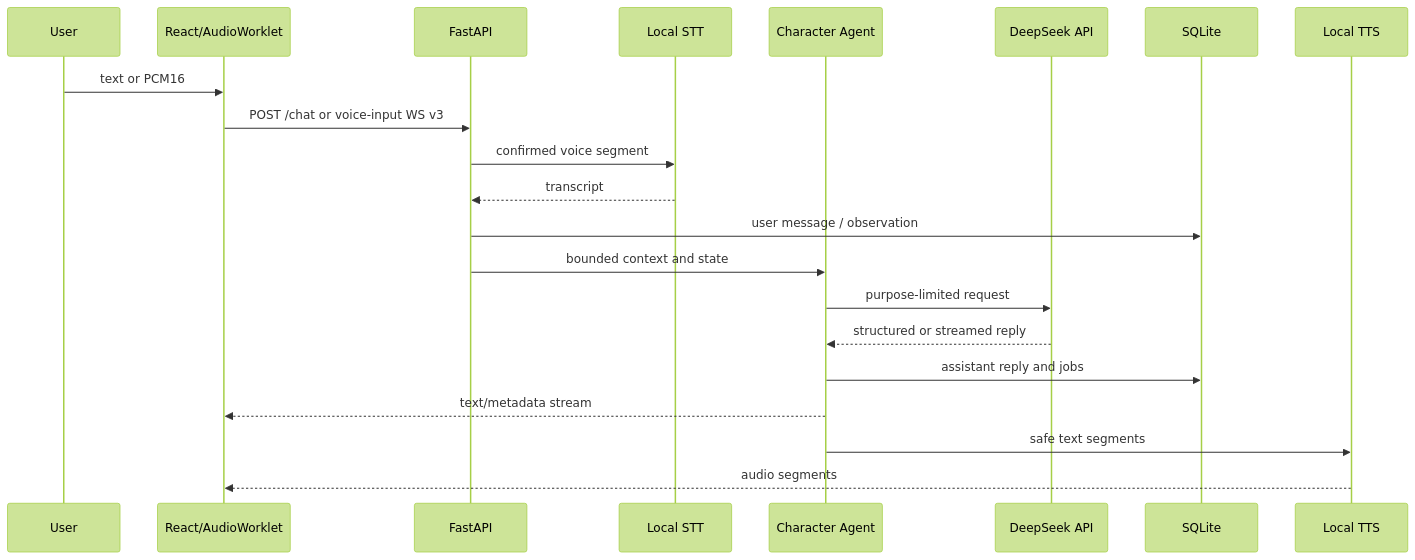
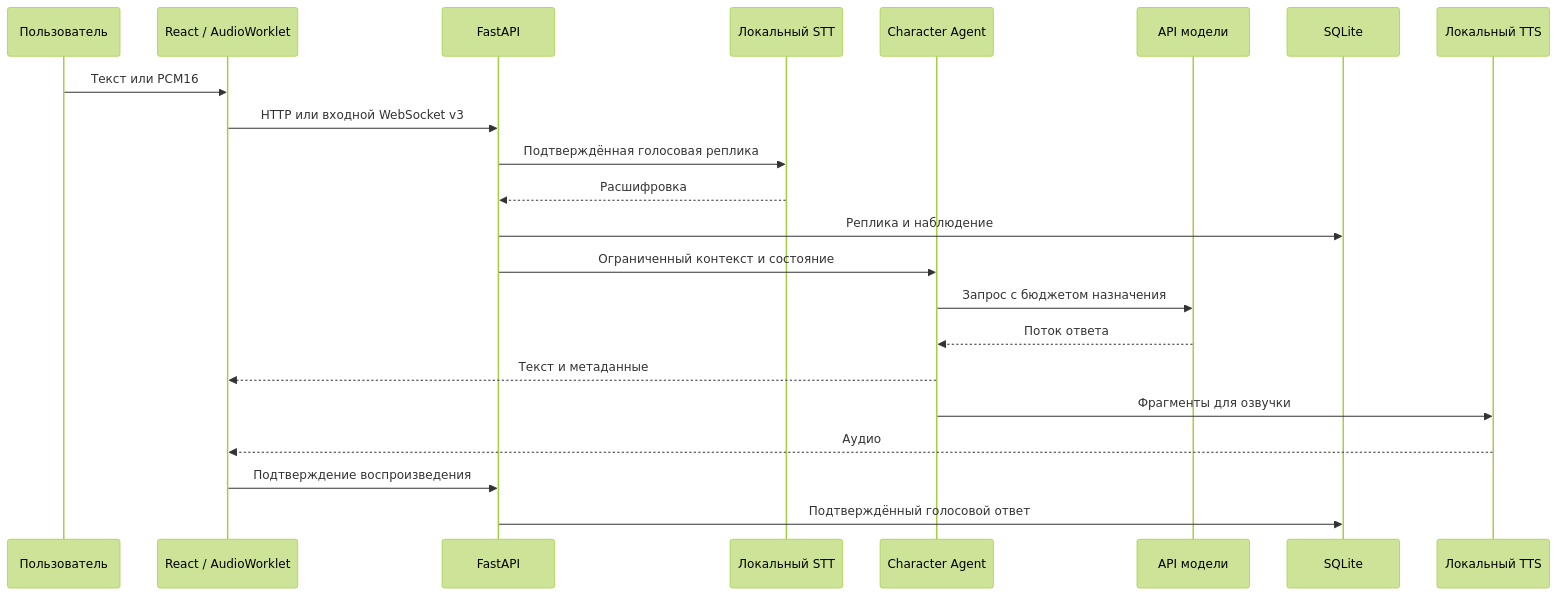
Before and after one commit to bad1and/NeuroAsist: the diagram in Docs/architecture.md, drawn with Mermaid (forest theme). The commit also changed other lines of this file and 51 other files, not shown here.

````diff
--- a/Docs/architecture.md
+++ b/Docs/architecture.md
@@ -21,24 +31,24 @@
 ```mermaid
 sequenceDiagram
-    participant U as User
-    participant W as React/AudioWorklet
+    participant U as Пользователь
+    participant W as React / AudioWorklet
     participant B as FastAPI
-    participant S as Local STT
+    participant S as Локальный STT
     participant C as Character Agent
-    participant L as DeepSeek API
+    participant L as API модели
     participant D as SQLite
-    participant T as Local TTS
-
-    U->>W: text or PCM16
-    W->>B: POST /chat or voice-input WS v3
-    B->>S: confirmed voice segment
-    S-->>B: transcript
-    B->>D: user message / observation
-    B->>C: bounded context and state
-    C->>L: purpose-limited request
-    L-->>C: structured or streamed reply
-    C->>D: assistant reply and jobs
-    C-->>W: text/metadata stream
-    C->>T: safe text segments
-    T-->>W: audio segments
+    participant T as Локальный TTS
+    U->>W: Текст или PCM16
+    W->>B: HTTP или входной WebSocket v3
+    B->>S: Подтверждённая голосовая реплика
+    S-->>B: Расшифровка
+    B->>D: Реплика и наблюдение
+    B->>C: Ограниченный контекст и состояние
+    C->>L: Запрос с бюджетом назначения
+    L-->>C: Поток ответа
+    C-->>W: Текст и метаданные
+    C->>T: Фрагменты для озвучки
+    T-->>W: Аудио
+    W->>B: Подтверждение воспроизведения
+    B->>D: Подтверждённый голосовой ответ
 ```
````
